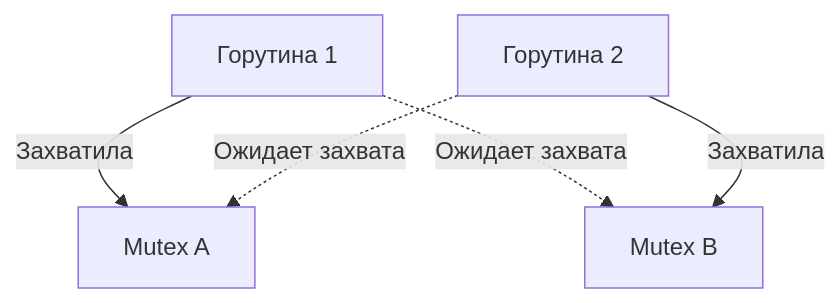
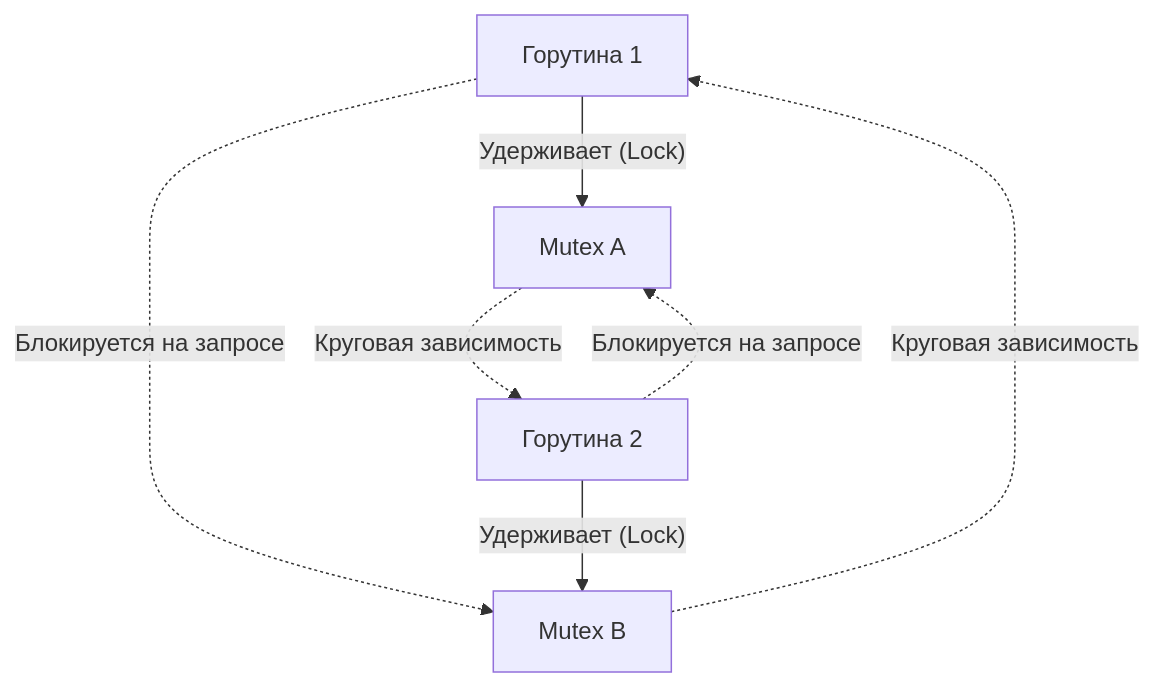
Before and after one commit to UnrealTemplier/go-textbook: the diagram in sources/15. Тестирование в Go (QA & Testing)/07. Конкурентность/4. Deadlock detection.md, drawn with Mermaid. The commit also changed other lines of this file, not shown here.

````diff
--- a/sources/15. Тестирование в Go (QA & Testing)/07. Конкурентность/4. Deadlock detection.md
+++ b/sources/15. Тестирование в Go (QA & Testing)/07. Конкурентность/4. Deadlock detection.md
@@ -9,8 +17,11 @@
 ```mermaid
 flowchart TD
-    G1["Горутина 1"] -->|"Захватила"| M1["Mutex A"]
-    G1 -.->|"Ожидает захвата"| M2["Mutex B"]
+    G1["Горутина 1"] -->|"Удерживает (Lock)"| M1["Mutex A"]
+    G1 -.->|"Блокируется на запросе"| M2["Mutex B"]
     
-    G2["Горутина 2"] -->|"Захватила"| M2
-    G2 -.->|"Ожидает захвата"| M1
+    G2["Горутина 2"] -->|"Удерживает (Lock)"| M2
+    G2 -.->|"Блокируется на запросе"| M1
+
+    M1 -.->|"Круговая зависимость"| G2
+    M2 -.->|"Круговая зависимость"| G1
 ```
````
